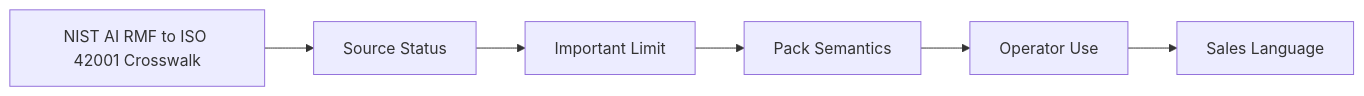
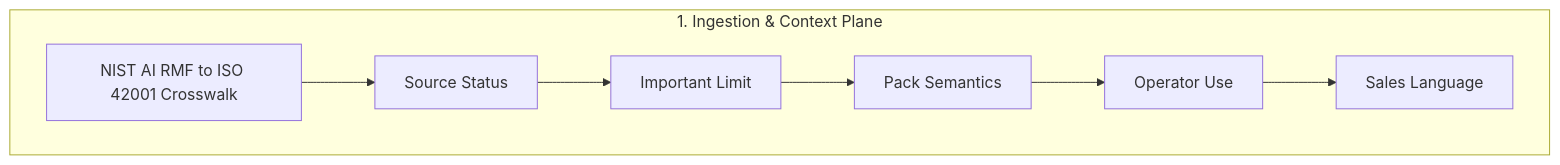
Before and after one commit to Mindburn-Labs/helm-ai-kernel: the diagram in docs/compliance/nist-ai-rmf-iso-42001-crosswalk.md, drawn with Mermaid. The commit also changed other lines of this file and 330 other files, not shown here.

````diff
--- a/docs/compliance/nist-ai-rmf-iso-42001-crosswalk.md
+++ b/docs/compliance/nist-ai-rmf-iso-42001-crosswalk.md
@@ -37,14 +37,20 @@
 ```mermaid
-flowchart LR
-  Page["NIST AI RMF to ISO 42001 Crosswalk"]
-  A["Source Status"]
-  B["Important Limit"]
-  C["Pack Semantics"]
-  D["Operator Use"]
-  E["Sales Language"]
-  Page --> A
-  A --> B
-  B --> C
-  C --> D
-  D --> E
+flowchart TD
+    subgraph Ingestion["1. Ingestion & Context Plane"]
+        Page["NIST AI RMF to ISO 42001 Crosswalk"]
+        A["Source Status"]
+        B["Important Limit"]
+        C["Pack Semantics"]
+        D["Operator Use"]
+        E["Sales Language"]
+    end
+
+    %% Operational Flow Edges
+    Page --> A
+    A --> B
+    B --> C
+    C --> D
+    D --> E
+
+    %% Premium Styling Rules
 ```
````
